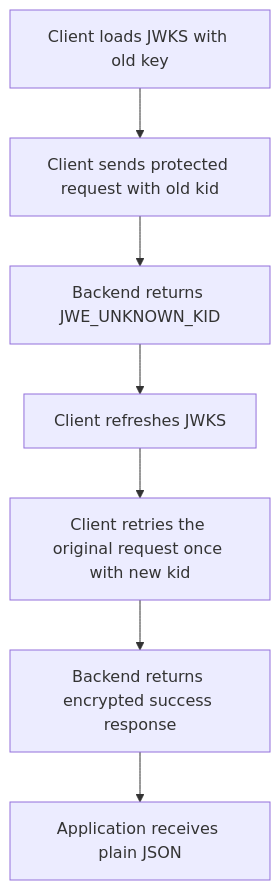
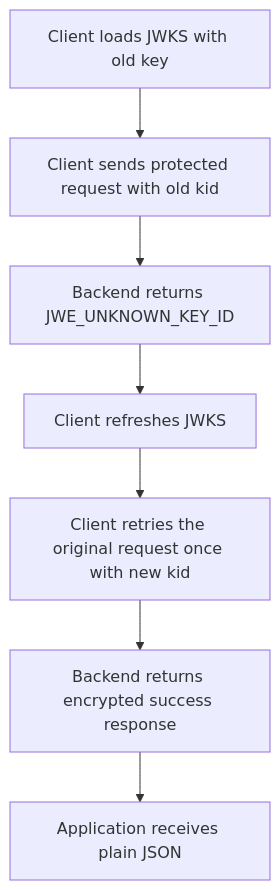
The second of 4 diagrams in docs/testing.md (jeap-admin-ch/jeap-jwe-client), drawn with Mermaid before and after one commit. The commit also changed other lines of this file and 9 other files, not shown here.

````diff
--- a/docs/testing.md
+++ b/docs/testing.md
@@ -97,9 +99,9 @@
 ```mermaid
 flowchart TD
   A[Client loads JWKS with old key] --> B[Client sends protected request with old kid]
-  B --> C[Backend returns JWE_UNKNOWN_KID]
+  B --> C[Backend returns JWE_UNKNOWN_KEY_ID]
   C --> D[Client refreshes JWKS]
   D --> E[Client retries the original request once with new kid]
   E --> F[Backend returns encrypted success response]
   F --> G[Application receives plain JSON]
 ```
````
